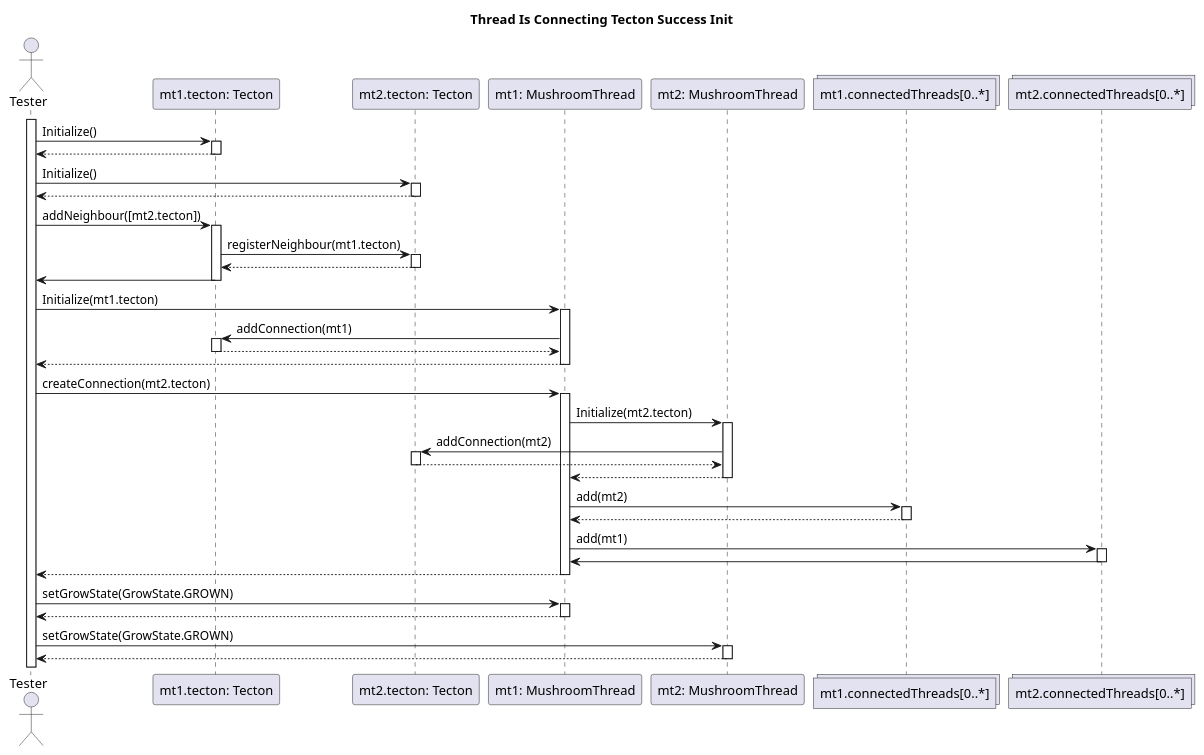
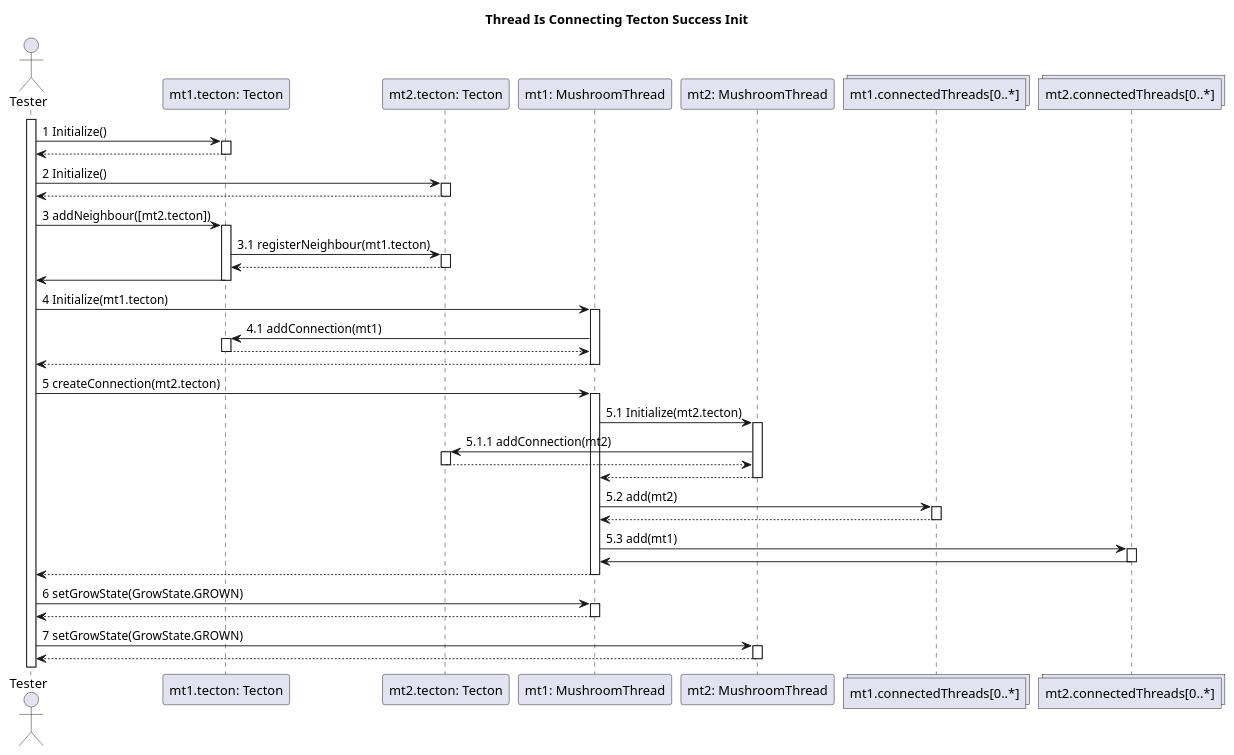
One commit to dzsem/projlab changed the diagram in diagrams/test-sequence/mushroom/communication-diagrams/connectingTectonSuccessComm.wsd. Above: the diagram before and after it, drawn with PlantUML. The commit also changed 2 other files, not shown here.

Commit message:
Added sequence numbers to cd-s

```diff
--- a/diagrams/test-sequence/mushroom/communication-diagrams/connectingTectonSuccessComm.wsd
+++ b/diagrams/test-sequence/mushroom/communication-diagrams/connectingTectonSuccessComm.wsd
@@ -1,84 +1,84 @@
 @startuml Thread Is Traversible Success Init
 title Thread Is Connecting Tecton Success Init
 
 actor "Tester" as tester
 
 participant "mt1.tecton: Tecton" as t1
 participant "mt2.tecton: Tecton" as t2
 participant "mt1: MushroomThread" as mt1
 participant "mt2: MushroomThread" as mt2
 
 collections "mt1.connectedThreads[0..*]" as ct1
 collections "mt2.connectedThreads[0..*]" as ct2
 
 activate tester
 
 'Init tectons
-tester -> t1: Initialize()
+tester -> t1: 1 Initialize()
 activate t1
 t1 --> tester
 deactivate t1
 
-tester -> t2: Initialize()
+tester -> t2: 2 Initialize()
 activate t2
 t2 --> tester
 deactivate t2
 
 'Add neighbours
-tester -> t1: addNeighbour([mt2.tecton])
+tester -> t1: 3 addNeighbour([mt2.tecton])
 activate t1
-t1 -> t2: registerNeighbour(mt1.tecton)
+t1 -> t2: 3.1 registerNeighbour(mt1.tecton)
 activate t2
 t2 --> t1
 deactivate t2
 t1 -> tester
 deactivate t1
 
 'Add threads
-tester -> mt1: Initialize(mt1.tecton)
+tester -> mt1: 4 Initialize(mt1.tecton)
 activate mt1
-mt1 -> t1: addConnection(mt1)
+mt1 -> t1: 4.1 addConnection(mt1)
 activate t1
 t1 --> mt1
 deactivate t1
 mt1 --> tester 
 deactivate mt1
 
-tester -> mt1: createConnection(mt2.tecton)
+tester -> mt1: 5 createConnection(mt2.tecton)
 activate mt1
 
-mt1 -> mt2: Initialize(mt2.tecton)
+mt1 -> mt2: 5.1 Initialize(mt2.tecton)
 activate mt2
-mt2 -> t2: addConnection(mt2)
+mt2 -> t2: 5.1.1 addConnection(mt2)
 activate t2
 t2 --> mt2
 deactivate t2
 mt2 --> mt1
 deactivate mt2
 
-mt1 -> ct1: add(mt2)
+mt1 -> ct1: 5.2 add(mt2)
 activate ct1
 ct1 --> mt1
 deactivate ct1
 
 
-mt1 -> ct2: add(mt1)
+mt1 -> ct2: 5.3 add(mt1)
 activate ct2
 ct2 -> mt1
 deactivate ct2
 
 mt1 --> tester
 deactivate mt1
 
 'Set Grows
-tester -> mt1: setGrowState(GrowState.GROWN)
+tester -> mt1: 6 setGrowState(GrowState.GROWN)
 activate mt1
 mt1 --> tester
 deactivate mt1
 
-tester -> mt2: setGrowState(GrowState.GROWN)
+tester -> mt2: 7 setGrowState(GrowState.GROWN)
 activate mt2
 mt2 --> tester
 deactivate mt2
 
 @enduml
```
